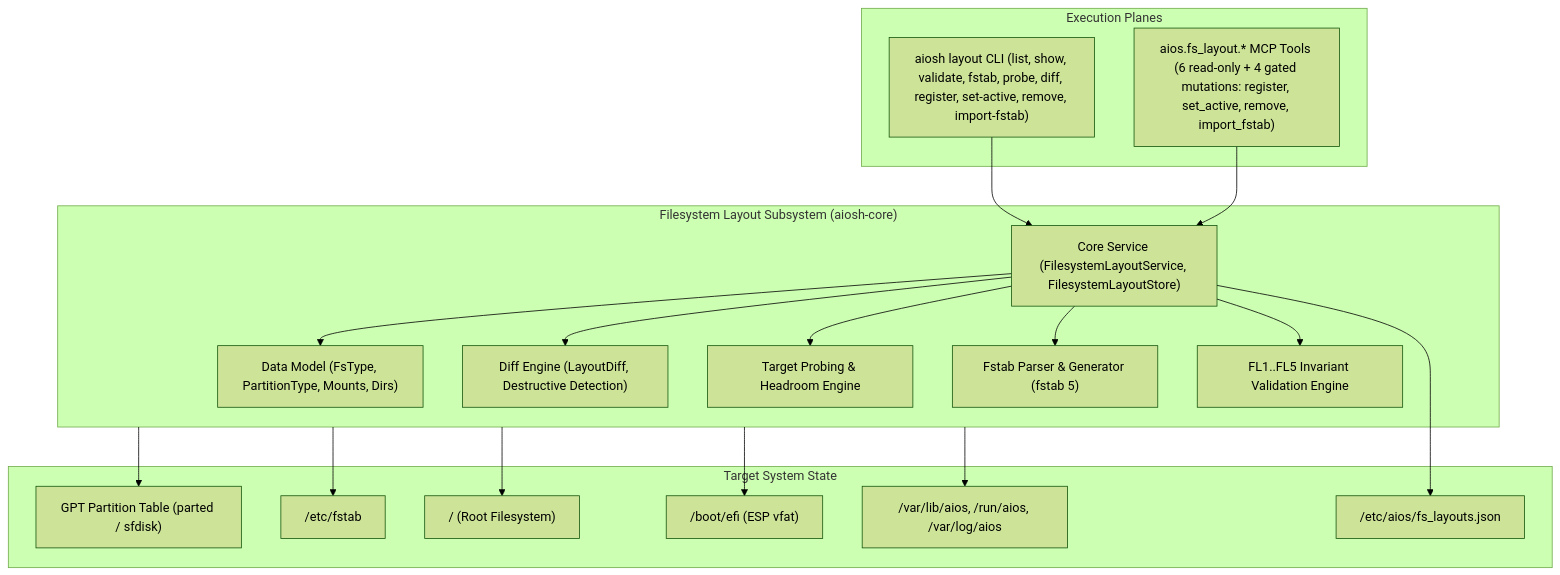
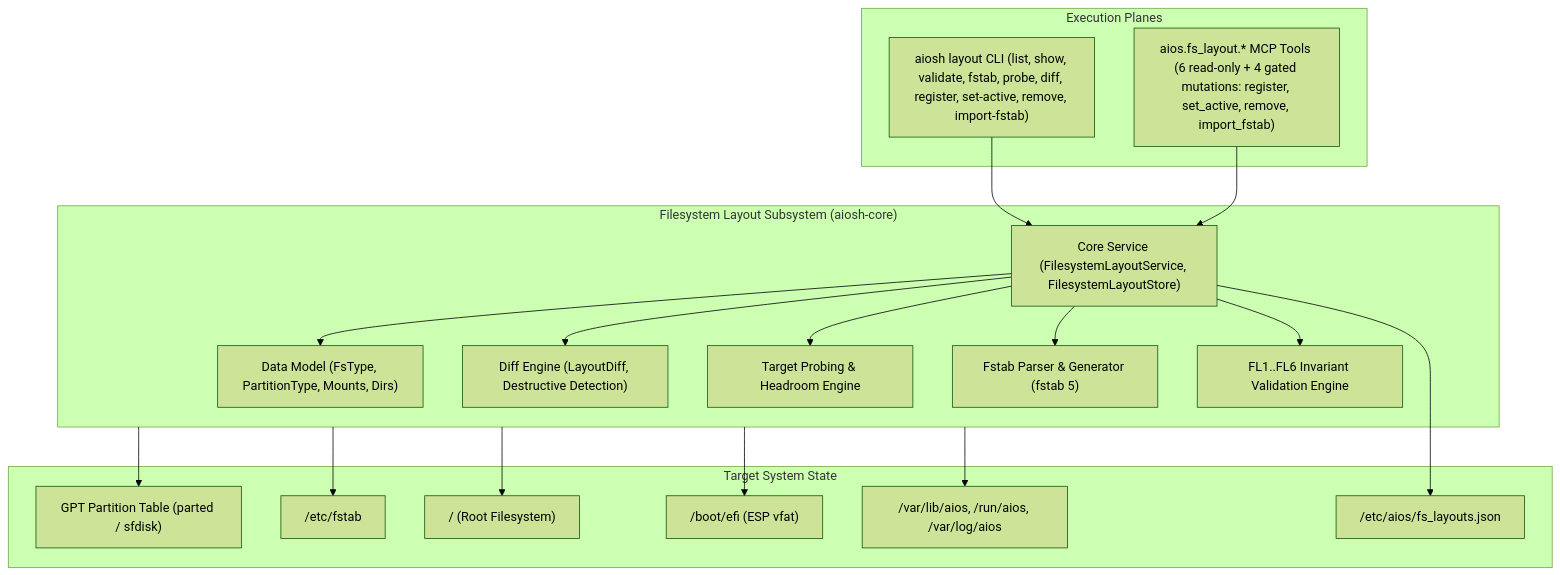
Before and after one commit to Habib112233445566/AIOS: the diagram in docs/filesystem_layout.md, drawn with Mermaid (forest theme). The commit also changed other lines of this file and 56 other files, not shown here.

````diff
--- a/docs/filesystem_layout.md
+++ b/docs/filesystem_layout.md
@@ -16,39 +16,39 @@
 ```mermaid
 graph TD
     subgraph ExecutionPlanes["Execution Planes"]
         CLI["aiosh layout CLI (list, show, validate, fstab, probe, diff, register, set-active, remove, import-fstab)"]
         MCP["aios.fs_layout.* MCP Tools (6 read-only + 4 gated mutations: register, set_active, remove, import_fstab)"]
     end
 
     subgraph CoreEngine["Filesystem Layout Subsystem (aiosh-core)"]
         DataModel["Data Model (FsType, PartitionType, Mounts, Dirs)"]
         CoreService["Core Service (FilesystemLayoutService, FilesystemLayoutStore)"]
         DiffEngine["Diff Engine (LayoutDiff, Destructive Detection)"]
         ProbeEngine["Target Probing & Headroom Engine"]
         Fstab["Fstab Parser & Generator (fstab 5)"]
-        Validator["FL1..FL5 Invariant Validation Engine"]
+        Validator["FL1..FL6 Invariant Validation Engine"]
     end
 
     subgraph TargetSurfaces["Target System State"]
         GPT["GPT Partition Table (parted / sfdisk)"]
         FSTAB_FILE["/etc/fstab"]
         ROOT_FS["/ (Root Filesystem)"]
         ESP_FS["/boot/efi (ESP vfat)"]
         STORE_FILE["/etc/aios/fs_layouts.json"]
         AIOS_DIRS["/var/lib/aios, /run/aios, /var/log/aios"]
     end
 
     CLI --> CoreService
     MCP --> CoreService
     CoreService --> DataModel
     CoreService --> DiffEngine
     CoreService --> ProbeEngine
     CoreService --> Fstab
     CoreService --> Validator
     CoreService --> STORE_FILE
     CoreEngine --> GPT
     CoreEngine --> FSTAB_FILE
     CoreEngine --> ROOT_FS
     CoreEngine --> ESP_FS
     CoreEngine --> AIOS_DIRS
 ```
````
